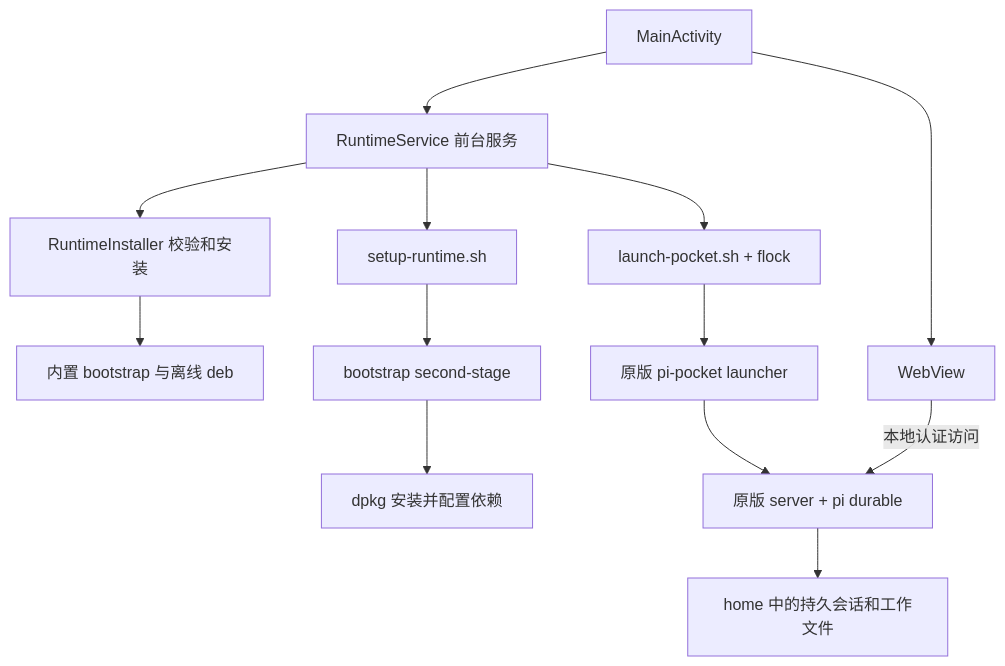
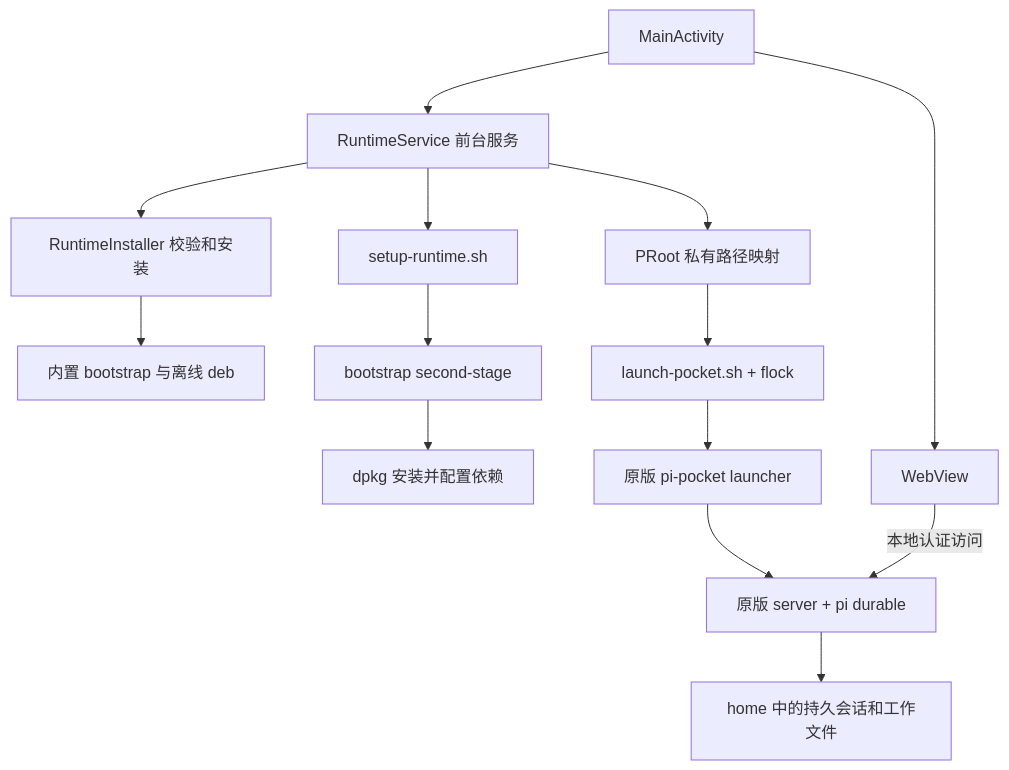
One commit to mikyan/pi-pocket-android changed the diagram in docs/architecture.md. Above: the diagram before and after it, drawn with Mermaid. The commit also changed other lines of this file and 16 other files, not shown here.

````diff
--- a/docs/architecture.md
+++ b/docs/architecture.md
@@ -7,15 +7,16 @@
 ```mermaid
 flowchart TD
     A[MainActivity] --> B[RuntimeService 前台服务]
     B --> C[RuntimeInstaller 校验和安装]
     C --> D[内置 bootstrap 与离线 deb]
     B --> E[setup-runtime.sh]
     E --> F[bootstrap second-stage]
     F --> G[dpkg 安装并配置依赖]
-    B --> H[launch-pocket.sh + flock]
+    B --> P[PRoot 私有路径映射]
+    P --> H[launch-pocket.sh + flock]
     H --> I[原版 pi-pocket launcher]
     I --> J[原版 server + pi durable]
     J --> K[home 中的持久会话和工作文件]
     A --> L[WebView]
     L -->|本地认证访问| J
 ```
````
